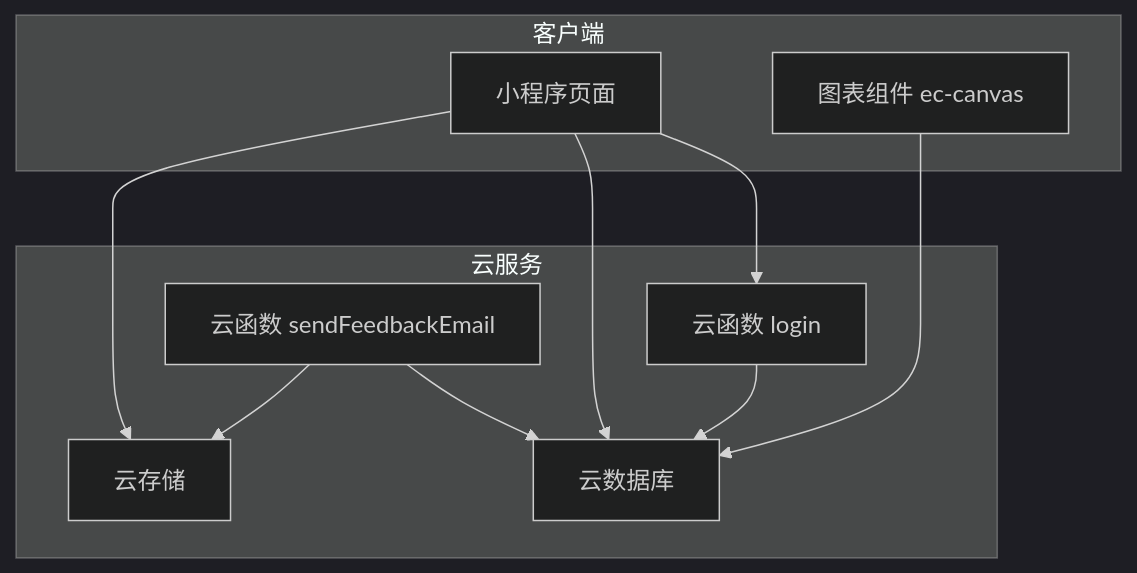
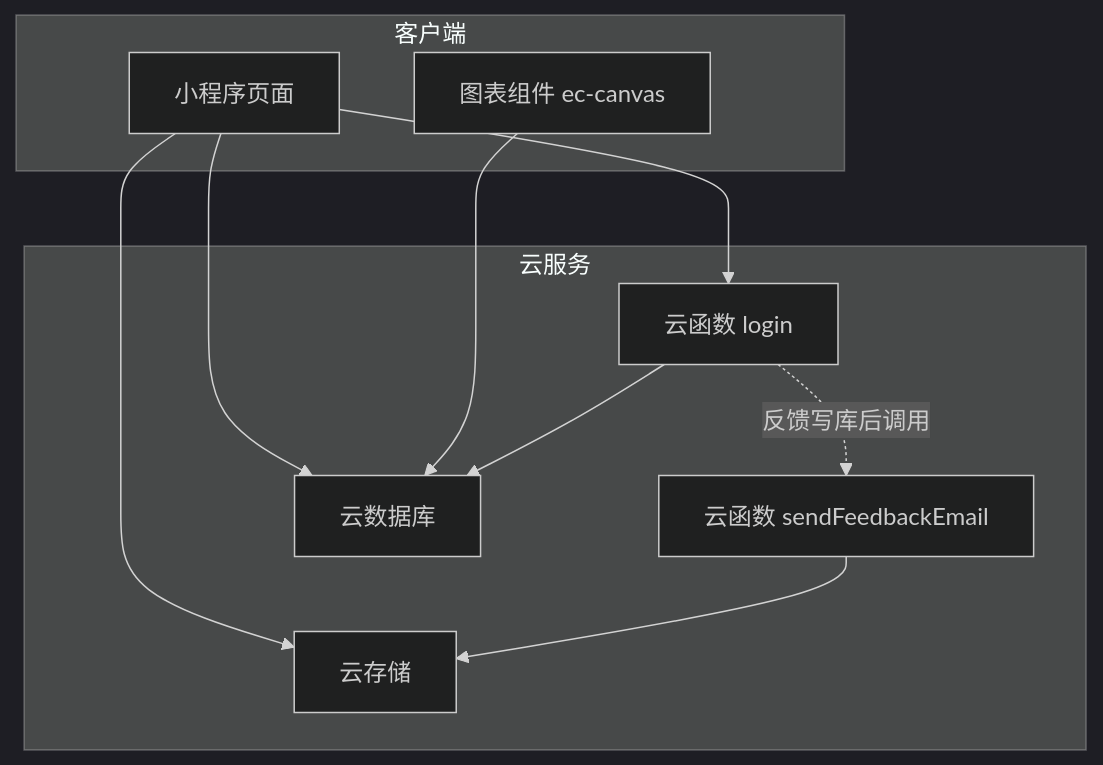
The second of 8 diagrams in wiki/项目概述.md (zhangxin19911211-creator/Project_BabyAssistant), drawn with Mermaid (dark theme) before and after one commit. The commit also changed other lines of this file and 5 other files, not shown here.

````diff
--- a/wiki/项目概述.md
+++ b/wiki/项目概述.md
@@ -158,20 +160,20 @@
 ```mermaid
 graph TB
 subgraph "客户端"
 UI["小程序页面"]
 CMP["图表组件 ec-canvas"]
 end
 subgraph "云服务"
 CF["云函数 login"]
 FEED["云函数 sendFeedbackEmail"]
 DB["云数据库"]
 FS["云存储"]
 end
 UI --> CF
 UI --> DB
 UI --> FS
 CMP --> DB
 CF --> DB
-FEED --> DB
+CF -.反馈写库后调用.-> FEED
 FEED --> FS
 ```
````
